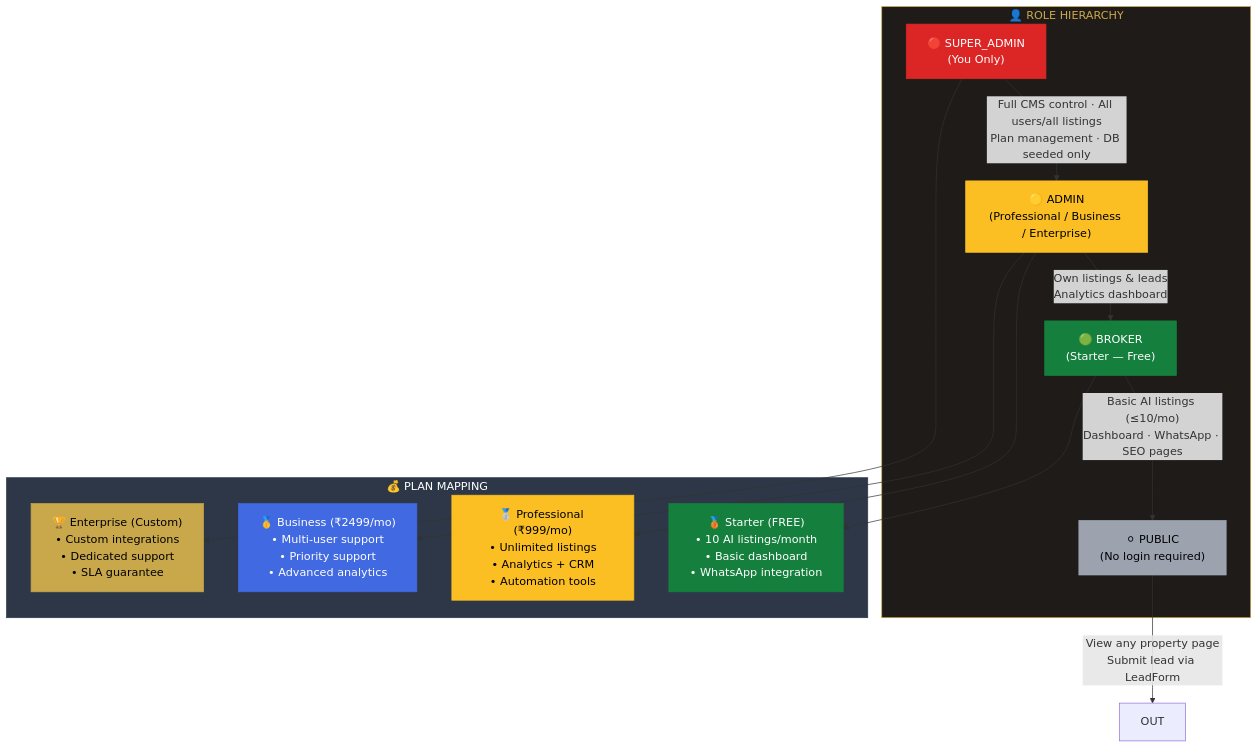
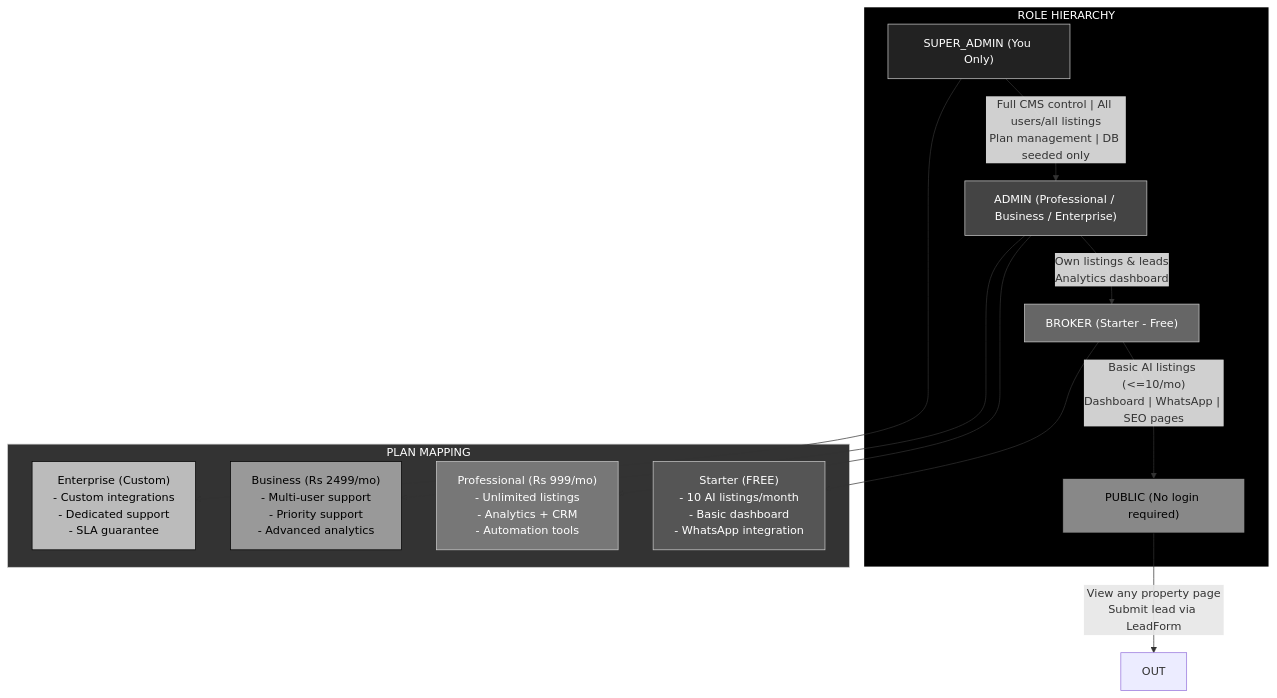
One commit to DeadCoder-N/Soryvanta changed diagram 11 of 16 in README.md. Above: the diagram before and after it, drawn with Mermaid. The commit also changed other lines of this file, not shown here.

````diff
--- a/README.md
+++ b/README.md
@@ -920,37 +920,37 @@
 ```mermaid
 flowchart TB
-    subgraph ROLES["👤 ROLE HIERARCHY"]
-        SUPER["🔴 SUPER_ADMIN<br/>(You Only)"]
-        ADMIN["🟡 ADMIN<br/>(Professional / Business / Enterprise)"]
-        BROKER["🟢 BROKER<br/>(Starter — Free)"]
-        PUBLIC["⚪ PUBLIC<br/>(No login required)"]
+    subgraph ROLES["ROLE HIERARCHY"]
+        SUPER["SUPER_ADMIN (You Only)"]
+        ADMIN["ADMIN (Professional / Business / Enterprise)"]
+        BROKER["BROKER (Starter - Free)"]
+        PUBLIC["PUBLIC (No login required)"]
     end
 
-    SUPER -->|"Full CMS control · All users/all listings<br/>Plan management · DB seeded only"| ADMIN
+    SUPER -->|"Full CMS control | All users/all listings<br/>Plan management | DB seeded only"| ADMIN
     ADMIN -->|"Own listings & leads<br/>Analytics dashboard"| BROKER
-    BROKER -->|"Basic AI listings (≤10/mo)<br/>Dashboard · WhatsApp · SEO pages"| PUBLIC
+    BROKER -->|"Basic AI listings (<=10/mo)<br/>Dashboard | WhatsApp | SEO pages"| PUBLIC
     PUBLIC -->|"View any property page<br/>Submit lead via LeadForm"| OUT
 
-    subgraph PLANS["💰 PLAN MAPPING"]
-        STARTER["🥉 Starter (FREE)<br/>• 10 AI listings/month<br/>• Basic dashboard<br/>• WhatsApp integration"]
-        PROFESSIONAL["🥈 Professional (₹999/mo)<br/>• Unlimited listings<br/>• Analytics + CRM<br/>• Automation tools"]
-        BUSINESS["🥇 Business (₹2499/mo)<br/>• Multi-user support<br/>• Priority support<br/>• Advanced analytics"]
-        ENTERPRISE["🏆 Enterprise (Custom)<br/>• Custom integrations<br/>• Dedicated support<br/>• SLA guarantee"]
+    subgraph PLANS["PLAN MAPPING"]
+        STARTER["Starter (FREE)<br/>- 10 AI listings/month<br/>- Basic dashboard<br/>- WhatsApp integration"]
+        PROFESSIONAL["Professional (Rs 999/mo)<br/>- Unlimited listings<br/>- Analytics + CRM<br/>- Automation tools"]
+        BUSINESS["Business (Rs 2499/mo)<br/>- Multi-user support<br/>- Priority support<br/>- Advanced analytics"]
+        ENTERPRISE["Enterprise (Custom)<br/>- Custom integrations<br/>- Dedicated support<br/>- SLA guarantee"]
     end
 
     BROKER --> STARTER
     ADMIN --> PROFESSIONAL
     ADMIN --> BUSINESS
     SUPER --> ENTERPRISE
 
-    style ROLES fill:#1e1b18,color:#C9A84C,stroke:#C9A84C
-    style SUPER fill:#DC2626,color:#fff,stroke:#DC2626
-    style ADMIN fill:#fbbf24,color:#000,stroke:#fbbf24
-    style BROKER fill:#15803D,color:#fff,stroke:#15803D
-    style PUBLIC fill:#9CA3AF,color:#000,stroke:#9CA3AF
-    style PLANS fill:#2D3748,color:#fff,stroke:#2D3748
-    style STARTER fill:#15803D,color:#fff,stroke:#15803D
-    style PROFESSIONAL fill:#fbbf24,color:#000,stroke:#fbbf24
-    style BUSINESS fill:#4169E1,color:#fff,stroke:#4169E1
-    style ENTERPRISE fill:#C9A84C,color:#000,stroke:#C9A84C
+    style ROLES fill:#000,color:#fff,stroke:#fff,stroke-width:2px
+    style SUPER fill:#222,color:#fff,stroke:#ccc
+    style ADMIN fill:#444,color:#fff,stroke:#ccc
+    style BROKER fill:#666,color:#fff,stroke:#ccc
+    style PUBLIC fill:#888,color:#000,stroke:#000
+    style PLANS fill:#333,color:#fff,stroke:#ccc
+    style STARTER fill:#555,color:#fff,stroke:#ccc
+    style PROFESSIONAL fill:#777,color:#fff,stroke:#ccc
+    style BUSINESS fill:#999,color:#000,stroke:#000
+    style ENTERPRISE fill:#bbb,color:#000,stroke:#000
 ```
````
